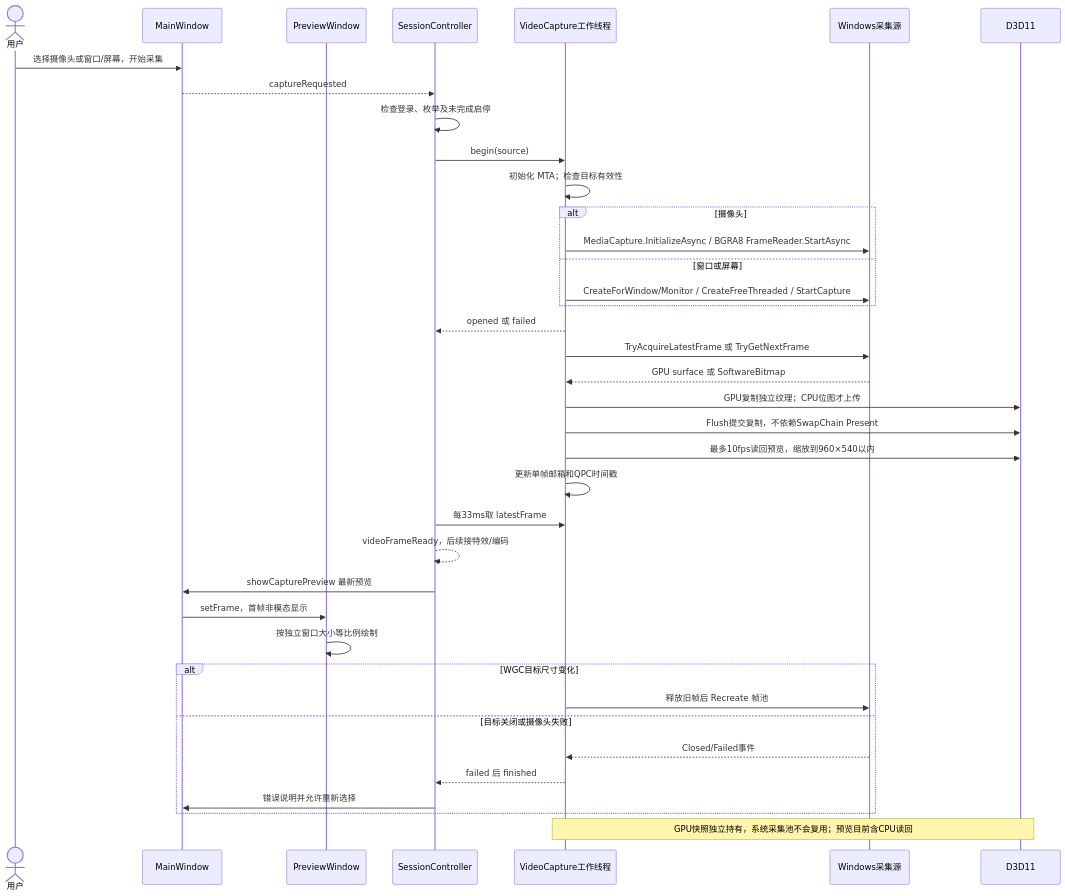
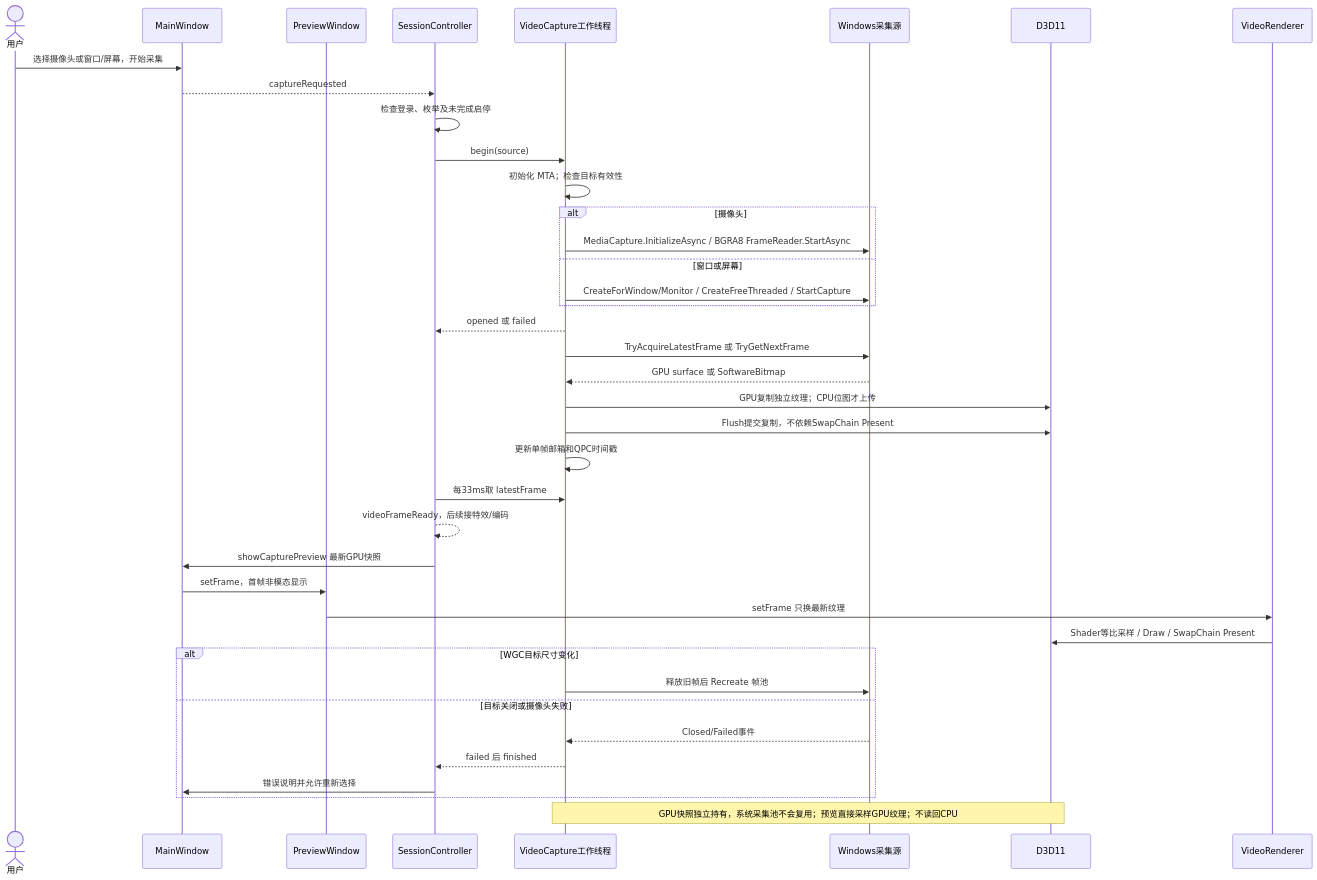
Before and after one commit to kingsman-svg/OBS: the diagram in docs/uml/capture-video.mmd, drawn with Mermaid. The commit also changed 59 other files, not shown here.

```diff
--- a/docs/uml/capture-video.mmd
+++ b/docs/uml/capture-video.mmd
@@ -1,38 +1,39 @@
 sequenceDiagram
 actor U as 用户
 participant V as MainWindow
 participant P as PreviewWindow
 participant C as SessionController
 participant W as VideoCapture工作线程
 participant S as Windows采集源
 participant G as D3D11
+participant R as VideoRenderer
 U->>V: 选择摄像头或窗口/屏幕，开始采集
 V-->>C: captureRequested
 C->>C: 检查登录、枚举及未完成启停
 C->>W: begin(source)
 W->>W: 初始化 MTA；检查目标有效性
 alt 摄像头
 W->>S: MediaCapture.InitializeAsync / BGRA8 FrameReader.StartAsync
 else 窗口或屏幕
 W->>S: CreateForWindow/Monitor / CreateFreeThreaded / StartCapture
 end
 W-->>C: opened 或 failed
 W->>S: TryAcquireLatestFrame 或 TryGetNextFrame
 S-->>W: GPU surface 或 SoftwareBitmap
 W->>G: GPU复制独立纹理；CPU位图才上传
 W->>G: Flush提交复制，不依赖SwapChain Present
-W->>G: 最多10fps读回预览，缩放到960×540以内
 W->>W: 更新单帧邮箱和QPC时间戳
 C->>W: 每33ms取 latestFrame
 C-->>C: videoFrameReady，后续接特效/编码
-C->>V: showCapturePreview 最新预览
+C->>V: showCapturePreview 最新GPU快照
 V->>P: setFrame，首帧非模态显示
-P->>P: 按独立窗口大小等比例绘制
+P->>R: setFrame 只换最新纹理
+R->>G: Shader等比采样 / Draw / SwapChain Present
 alt WGC目标尺寸变化
 W->>S: 释放旧帧后 Recreate 帧池
 else 目标关闭或摄像头失败
 S-->>W: Closed/Failed事件
 W-->>C: failed 后 finished
 C->>V: 错误说明并允许重新选择
 end
-Note over W,G: GPU快照独立持有，系统采集池不会复用；预览目前含CPU读回
+Note over W,G: GPU快照独立持有，系统采集池不会复用；预览直接采样GPU纹理；不读回CPU
```
